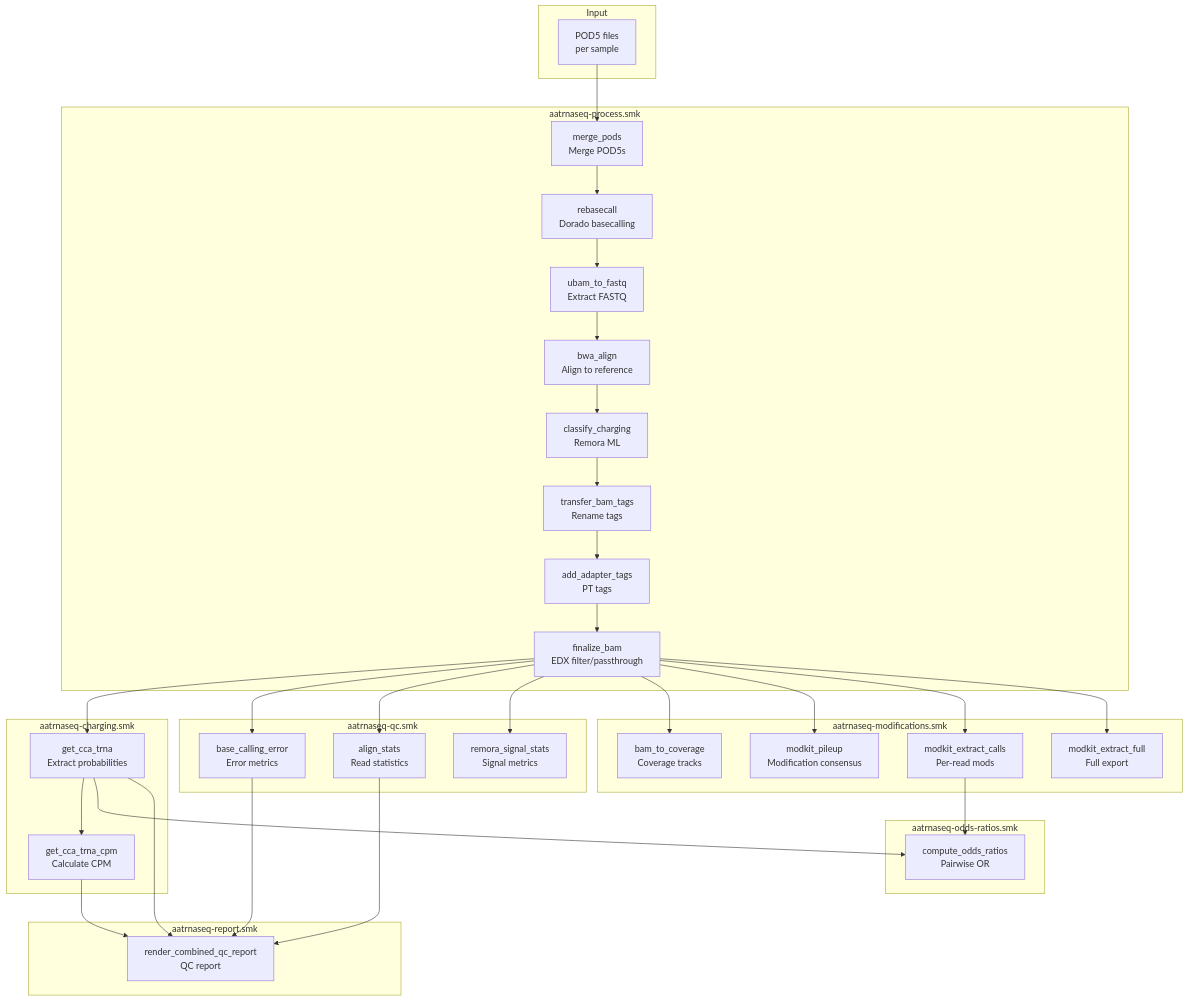
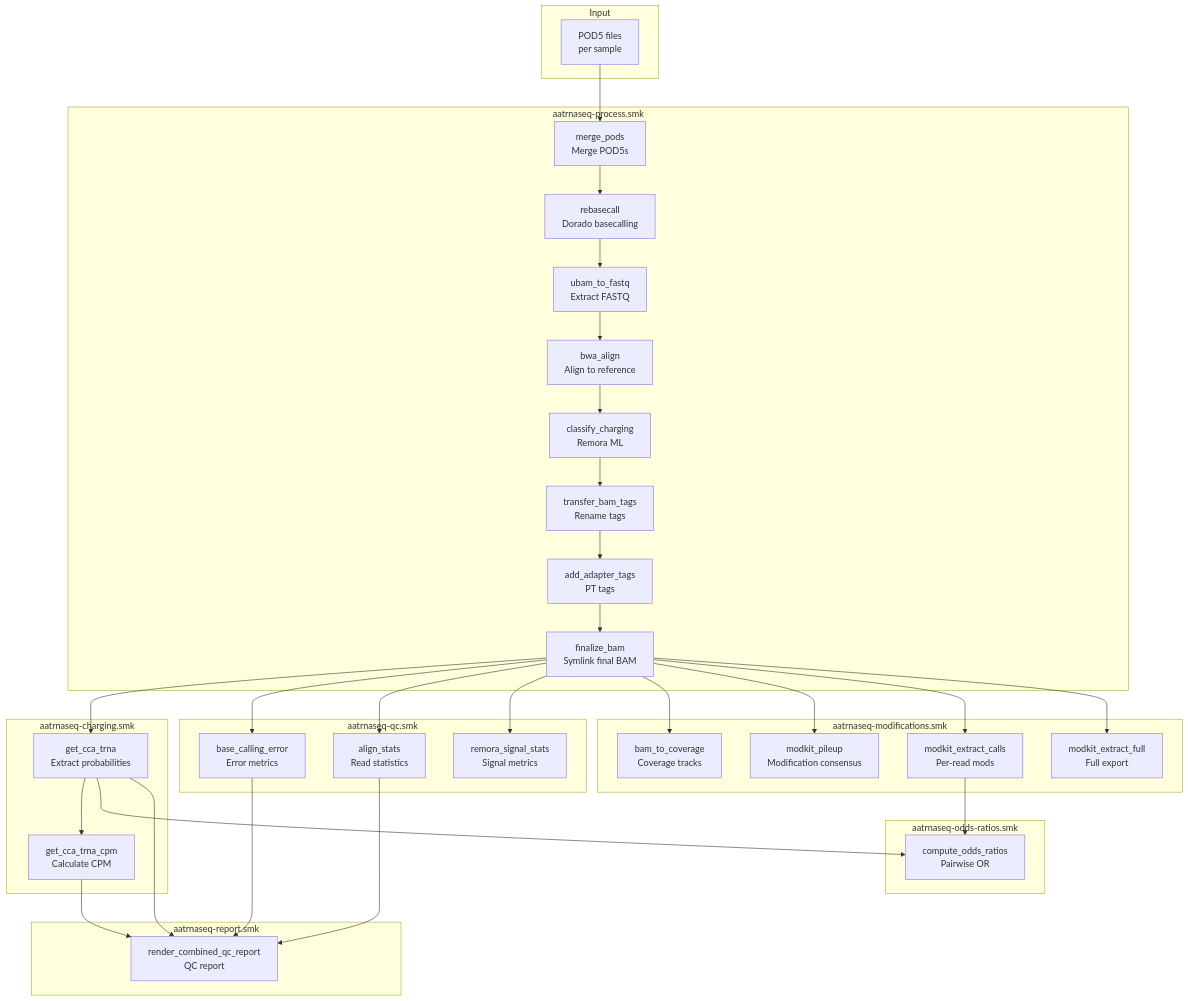
One commit to rnabioco/aa-tRNA-seq-pipeline changed the second of 3 diagrams in docs/workflow/overview.md. Above: the diagram before and after it, drawn with Mermaid. The commit also changed other lines of this file and 16 other files, not shown here.

````diff
--- a/docs/workflow/overview.md
+++ b/docs/workflow/overview.md
@@ -35,60 +35,60 @@
 ```mermaid
 flowchart TB
     subgraph Input
         A[POD5 files<br/>per sample]
     end
 
     subgraph Processing[aatrnaseq-process.smk]
         B[merge_pods<br/>Merge POD5s]
         C[rebasecall<br/>Dorado basecalling]
         D[ubam_to_fastq<br/>Extract FASTQ]
         E[bwa_align<br/>Align to reference]
         F[classify_charging<br/>Remora ML]
         G[transfer_bam_tags<br/>Rename tags]
         G2[add_adapter_tags<br/>PT tags]
-        G3[finalize_bam<br/>EDX filter/passthrough]
+        G3[finalize_bam<br/>Symlink final BAM]
     end
 
     subgraph Charging[aatrnaseq-charging.smk]
         H[get_cca_trna<br/>Extract probabilities]
         I[get_cca_trna_cpm<br/>Calculate CPM]
     end
 
     subgraph QC[aatrnaseq-qc.smk]
         J[base_calling_error<br/>Error metrics]
         K[align_stats<br/>Read statistics]
         L[remora_signal_stats<br/>Signal metrics]
     end
 
     subgraph Mods[aatrnaseq-modifications.smk]
         M[bam_to_coverage<br/>Coverage tracks]
         N[modkit_pileup<br/>Modification consensus]
         O[modkit_extract_calls<br/>Per-read mods]
         P[modkit_extract_full<br/>Full export]
     end
 
     subgraph OddsRatios[aatrnaseq-odds-ratios.smk]
         Q[compute_odds_ratios<br/>Pairwise OR]
     end
 
     subgraph Report[aatrnaseq-report.smk]
         R[render_combined_qc_report<br/>QC report]
     end
 
     A --> B --> C --> D --> E --> F --> G --> G2 --> G3
 
     G3 --> H --> I
     G3 --> J
     G3 --> K
     G3 --> L
     G3 --> M
     G3 --> N
     G3 --> O
     G3 --> P
     O --> Q
     H --> Q
     J --> R
     H --> R
     I --> R
     K --> R
 ```
````
